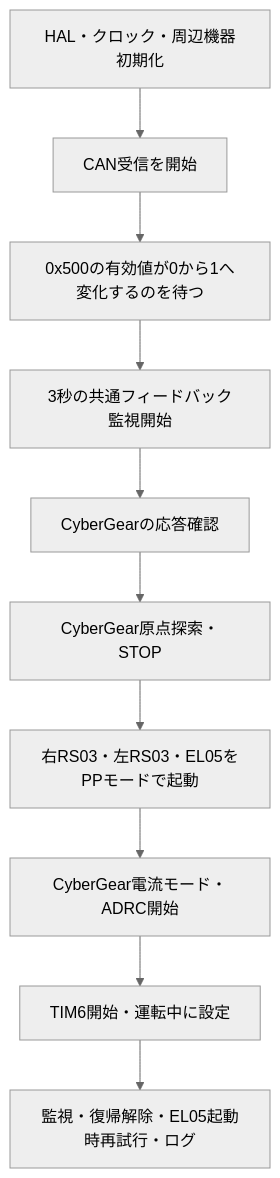
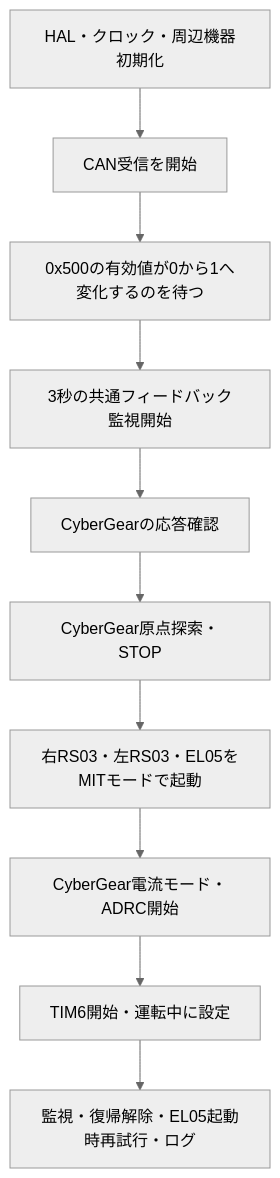
The diagram in docs/firmware-spec.md (T-semi-Tohoku-Uni/catch2026_robstride), drawn with Mermaid (neutral theme) before and after one commit. The commit also changed other lines of this file and 7 other files, not shown here.

````diff
--- a/docs/firmware-spec.md
+++ b/docs/firmware-spec.md
@@ -143,12 +144,12 @@
 ```mermaid
 flowchart TD
     A[HAL・クロック・周辺機器初期化] --> B[CAN受信を開始]
     B --> C[0x500の有効値が0から1へ変化するのを待つ]
     C --> D[3秒の共通フィードバック監視開始]
     D --> E[CyberGearの応答確認]
     E --> F[CyberGear原点探索・STOP]
-    F --> G[右RS03・左RS03・EL05をPPモードで起動]
+    F --> G[右RS03・左RS03・EL05をMITモードで起動]
     G --> H[CyberGear電流モード・ADRC開始]
     H --> I[TIM6開始・運転中に設定]
     I --> J[監視・復帰解除・EL05起動時再試行・ログ]
 ```
````
